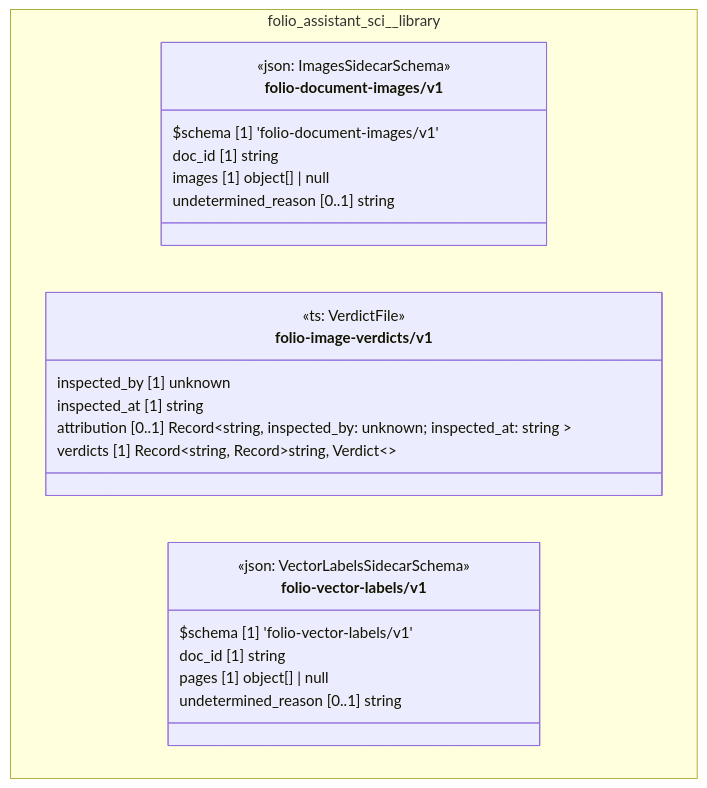
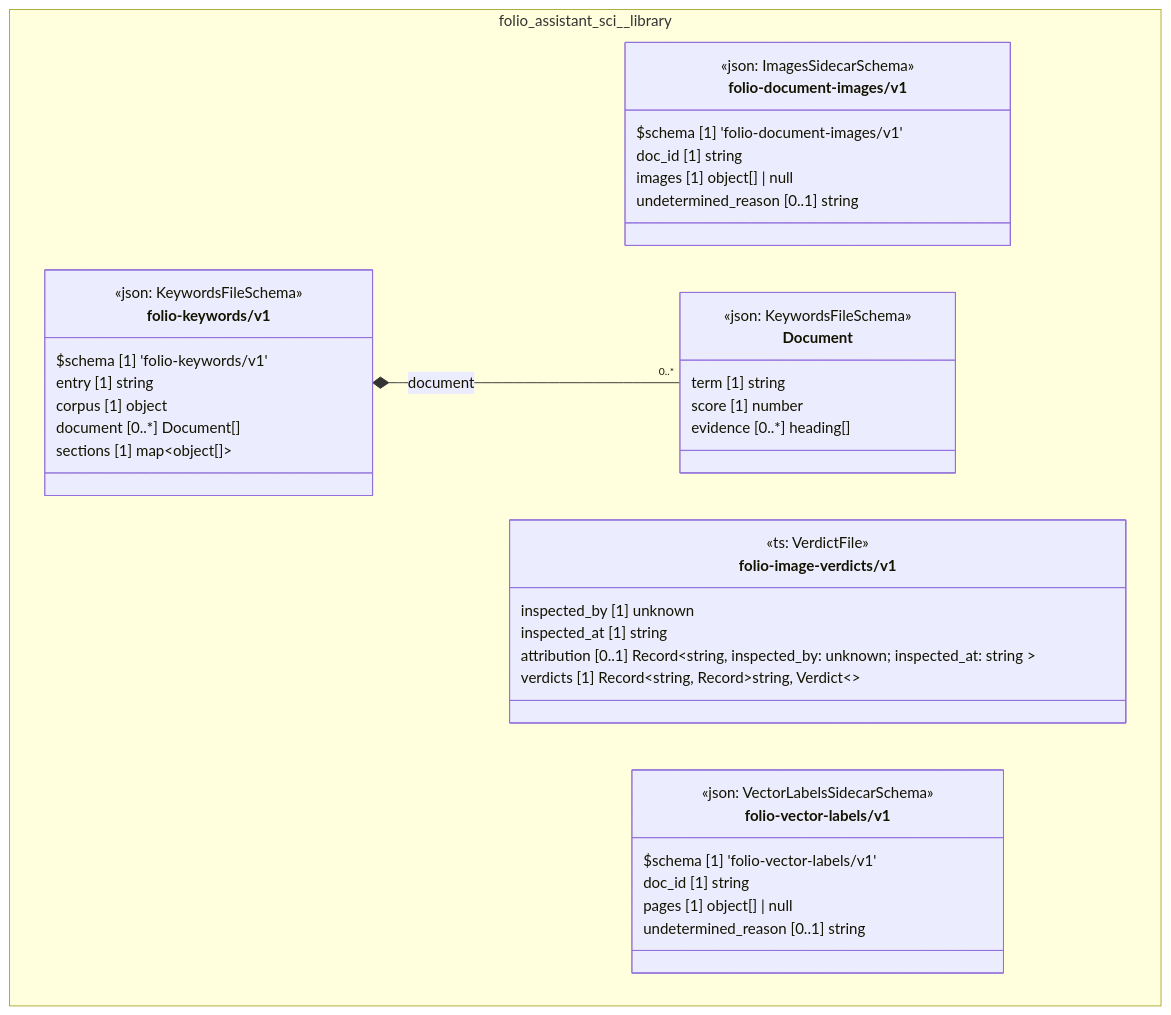
One commit to litlfred/folio-assistant changed the diagram in cat-harness/docs/uml/overview/folio-assistant-sci/library.md. Above: the diagram before and after it, drawn with Mermaid. The commit also changed other lines of this file and 137 other files, not shown here.

````diff
--- a/cat-harness/docs/uml/overview/folio-assistant-sci/library.md
+++ b/cat-harness/docs/uml/overview/folio-assistant-sci/library.md
@@ -42,30 +42,47 @@
 ```mermaid
 classDiagram
   direction TB
   namespace folio_assistant_sci__library {
     class folio_assistant_sci_library_folio_document_images_v1_folio_document_images_v1["folio-document-images/v1"] {
       <<json: ImagesSidecarSchema>>
       $schema [1] 'folio-document-images/v1'
       doc_id [1] string
       images [1] object[] | null
       undetermined_reason [0..1] string
     }
     class folio_assistant_sci_library_folio_image_verdicts_v1["folio-image-verdicts/v1"] {
       <<ts: VerdictFile>>
       inspected_by [1] unknown
       inspected_at [1] string
       attribution [0..1] Record~string,  inspected_by: unknown; inspected_at: string ~
       verdicts [1] Record~string, Record~string, Verdict~~
     }
     class folio_assistant_sci_library_folio_vector_labels_v1_folio_vector_labels_v1["folio-vector-labels/v1"] {
       <<json: VectorLabelsSidecarSchema>>
       $schema [1] 'folio-vector-labels/v1'
       doc_id [1] string
       pages [1] object[] | null
       undetermined_reason [0..1] string
     }
+    class folio_assistant_sci_library_folio_keywords_v1_Document["Document"] {
+      <<json: KeywordsFileSchema>>
+      term [1] string
+      score [1] number
+      evidence [0..*] heading[]
+    }
+    class folio_assistant_sci_library_folio_keywords_v1_folio_keywords_v1["folio-keywords/v1"] {
+      <<json: KeywordsFileSchema>>
+      $schema [1] 'folio-keywords/v1'
+      entry [1] string
+      corpus [1] object
+      document [0..*] Document[]
+      sections [1] map~object[]~
+    }
   }
+  folio_assistant_sci_library_folio_keywords_v1_folio_keywords_v1 *-- "0..*" folio_assistant_sci_library_folio_keywords_v1_Document : document
   cssClass "folio_assistant_sci_library_folio_document_images_v1_folio_document_images_v1" fa_uml_kind_library
   cssClass "folio_assistant_sci_library_folio_image_verdicts_v1" fa_uml_kind_library
   cssClass "folio_assistant_sci_library_folio_vector_labels_v1_folio_vector_labels_v1" fa_uml_kind_library
+  cssClass "folio_assistant_sci_library_folio_keywords_v1_Document" fa_uml_kind_library
+  cssClass "folio_assistant_sci_library_folio_keywords_v1_folio_keywords_v1" fa_uml_kind_library
 ```
````
